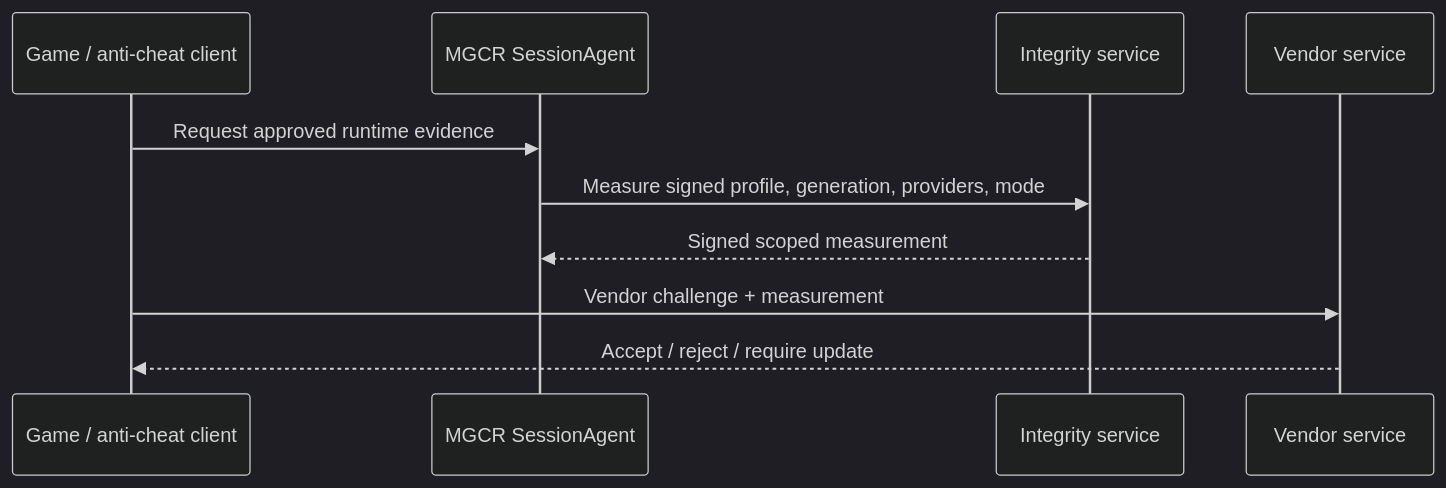
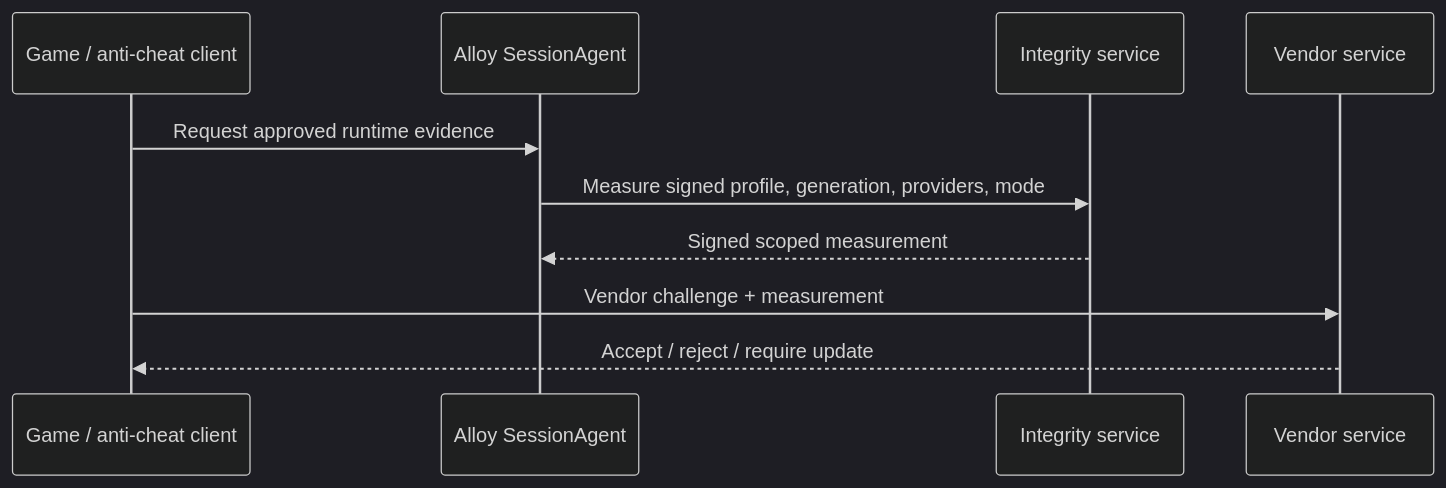
One commit to cleverClosure/Alloy changed the diagram in docs/docs/17_PUBLISHER_AND_ANTI_CHEAT_INTEGRATION.md. Above: the diagram before and after it, drawn with Mermaid (dark theme). The commit also changed other lines of this file and 42 other files, not shown here.

````diff
--- a/docs/docs/17_PUBLISHER_AND_ANTI_CHEAT_INTEGRATION.md
+++ b/docs/docs/17_PUBLISHER_AND_ANTI_CHEAT_INTEGRATION.md
@@ -314,13 +314,13 @@
 ```mermaid
 sequenceDiagram
     participant Game as Game / anti-cheat client
-    participant Agent as MGCR SessionAgent
+    participant Agent as Alloy SessionAgent
     participant Measure as Integrity service
     participant Vendor as Vendor service
 
     Game->>Agent: Request approved runtime evidence
     Agent->>Measure: Measure signed profile, generation, providers, mode
     Measure-->>Agent: Signed scoped measurement
     Game->>Vendor: Vendor challenge + measurement
     Vendor-->>Game: Accept / reject / require update
 ```
````
